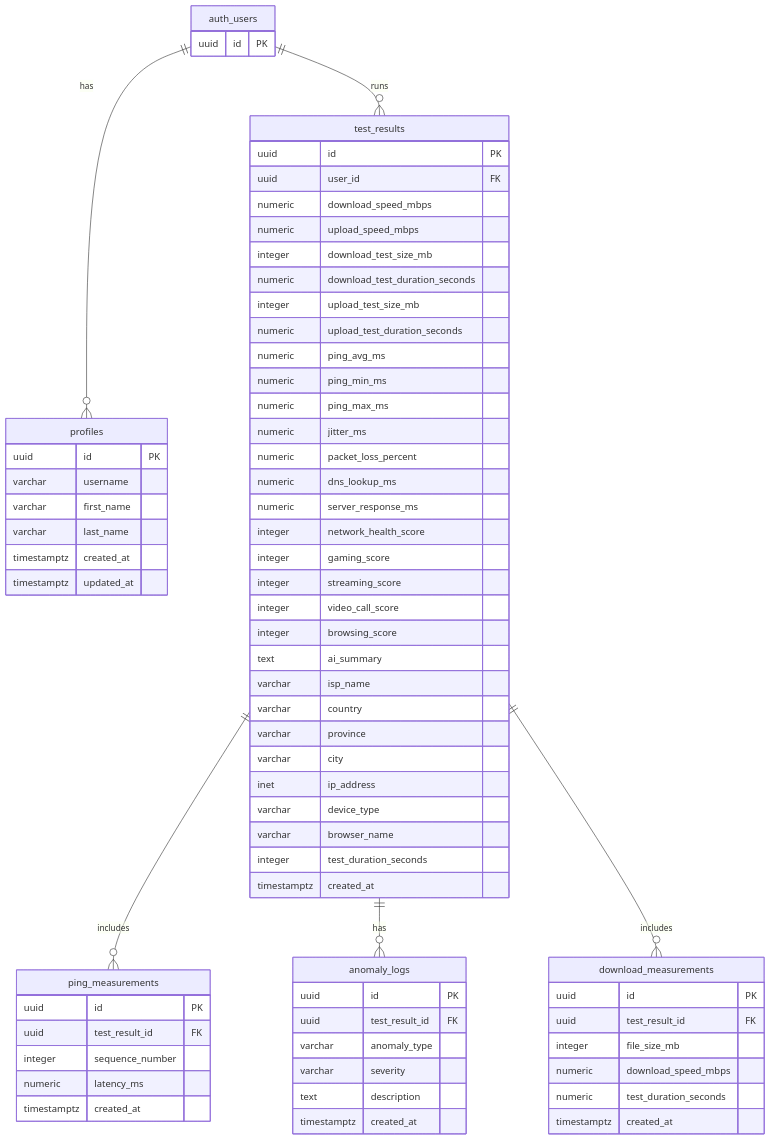
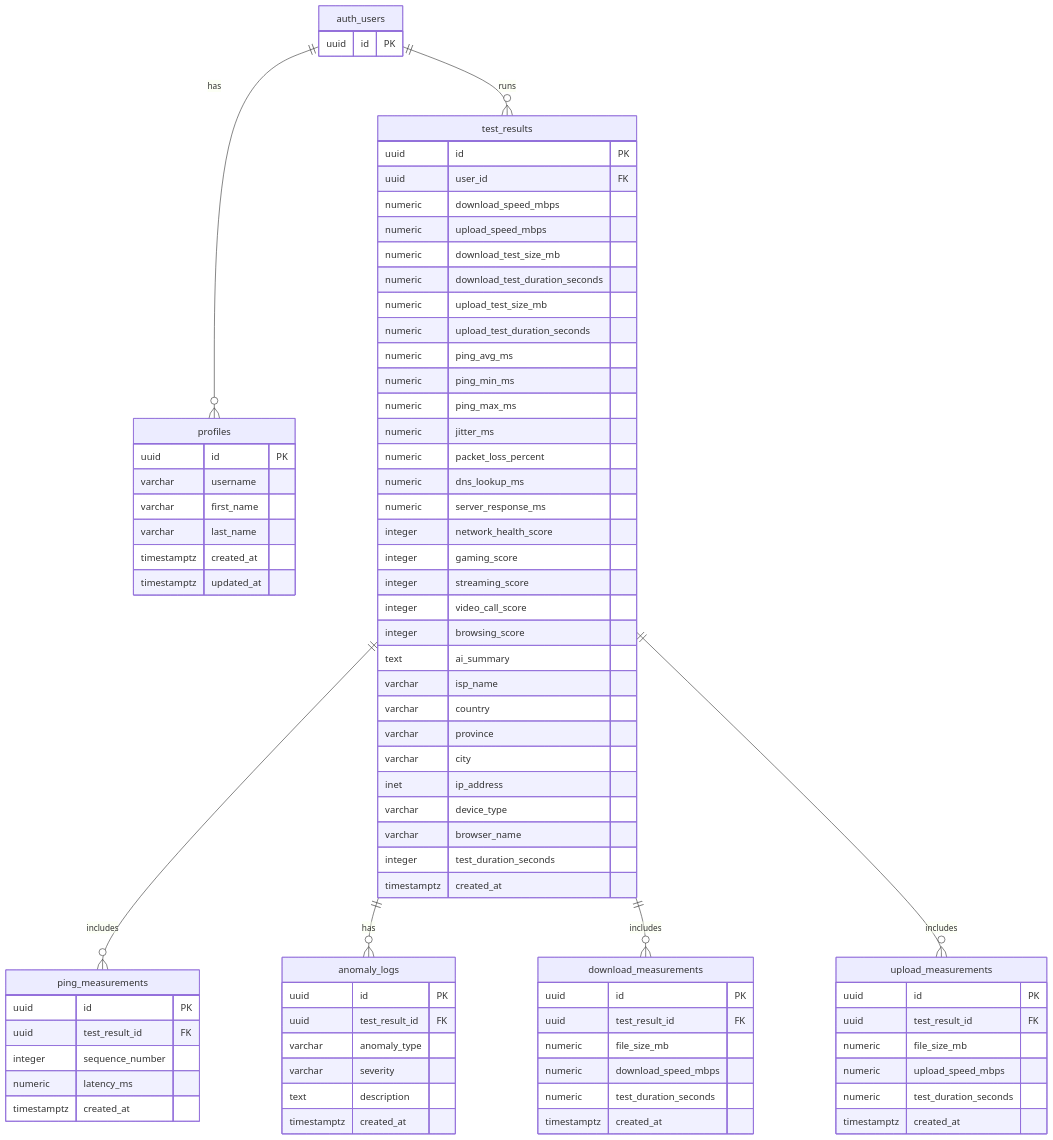
Before and after one commit to ClementPhoshoko/AI-Powered-CyberSecure-Network-Dashboard-for-ISP-Insights: the diagram in server/src/docs/phase_one_schema.md, drawn with Mermaid. The commit also changed other lines of this file and 7 other files, not shown here.

````diff
--- a/server/src/docs/phase_one_schema.md
+++ b/server/src/docs/phase_one_schema.md
@@ -7,6 +7,7 @@
     test_results ||--o{ ping_measurements : "includes"
     test_results ||--o{ anomaly_logs : "has"
     test_results ||--o{ download_measurements : "includes"
+    test_results ||--o{ upload_measurements : "includes"
 
     auth_users {
         uuid id PK
@@ -26,9 +27,9 @@
         uuid user_id FK
         numeric download_speed_mbps
         numeric upload_speed_mbps
-        integer download_test_size_mb
+        numeric download_test_size_mb
         numeric download_test_duration_seconds
-        integer upload_test_size_mb
+        numeric upload_test_size_mb
         numeric upload_test_duration_seconds
         numeric ping_avg_ms
         numeric ping_min_ms
@@ -74,9 +75,18 @@
     download_measurements {
         uuid id PK
         uuid test_result_id FK
-        integer file_size_mb
+        numeric file_size_mb
         numeric download_speed_mbps
         numeric test_duration_seconds
         timestamptz created_at
     }
+
+    upload_measurements {
+        uuid id PK
+        uuid test_result_id FK
+        numeric file_size_mb
+        numeric upload_speed_mbps
+        numeric test_duration_seconds
+        timestamptz created_at
+    }
 ```
````
